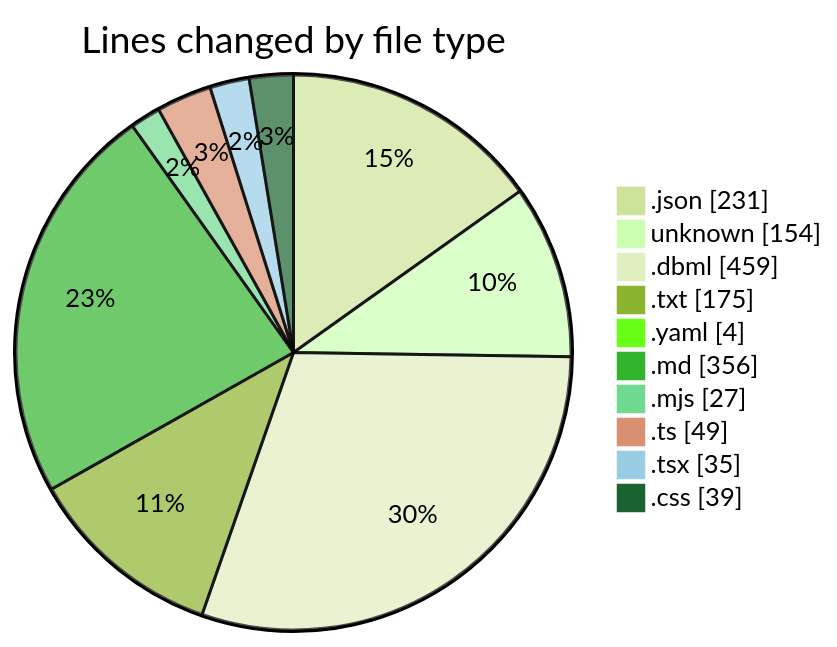
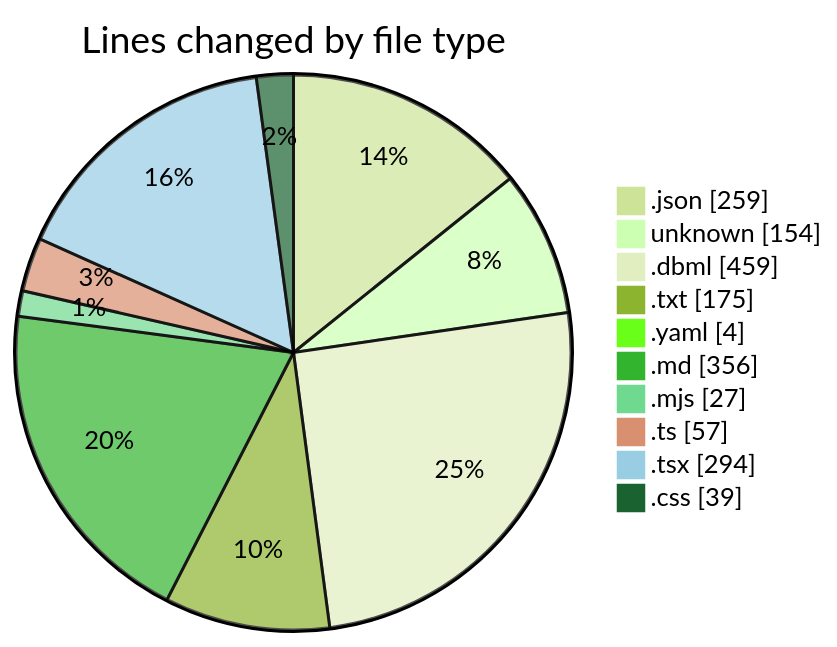
One commit to mevix1/code-tracking changed the first of 2 diagrams in 2025-10-02/oura-api/README.md. Above: the diagram before and after it, drawn with Mermaid (forest theme). The commit also changed other lines of this file and 1 other file, not shown here.

````diff
--- a/2025-10-02/oura-api/README.md
+++ b/2025-10-02/oura-api/README.md
@@ -37,14 +45,14 @@
 ```mermaid
 pie showData
 title Lines changed by file type
-".json" : 231
+".json" : 259
 "unknown" : 154
 ".dbml" : 459
 ".txt" : 175
 ".yaml" : 4
 ".md" : 356
 ".mjs" : 27
-".ts" : 49
-".tsx" : 35
+".ts" : 57
+".tsx" : 294
 ".css" : 39
 ```
````
